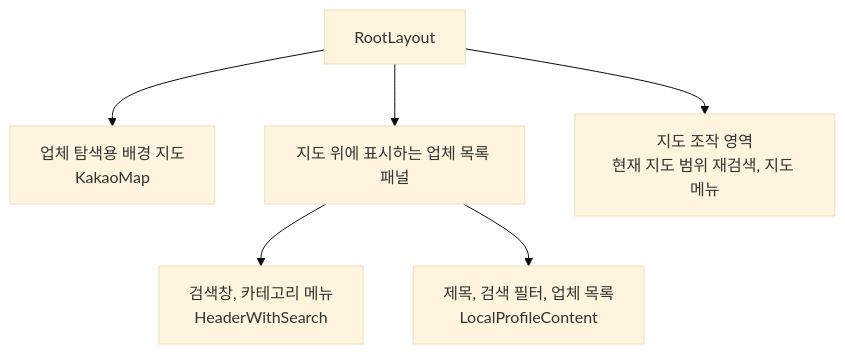
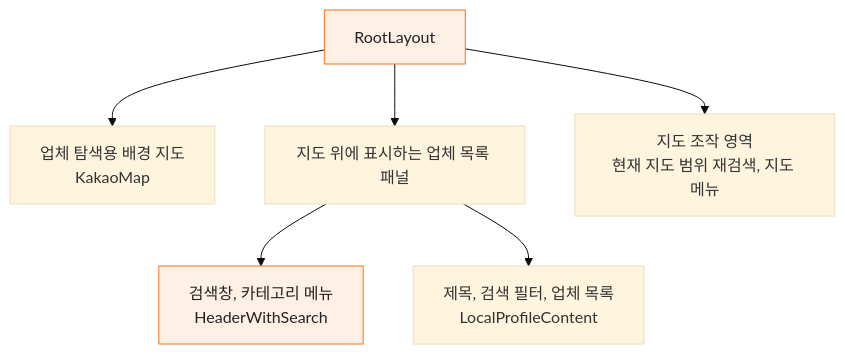
The second of 3 diagrams in README.md (doitdso753/carrot-client-clone), drawn with Mermaid (base theme) before and after one commit.

Commit message:
feat: README.md 동네업체 목록 레이아웃 > 공통 레이아웃은 주황 배경색으로 표시

````diff
--- a/README.md
+++ b/README.md
@@ -81,9 +81,12 @@
 ```mermaid
 flowchart TB
     Root["RootLayout"]
     Root --> Map["업체 탐색용 배경 지도<br/>KakaoMap"]
     Root --> Panel["지도 위에 표시하는 업체 목록 패널"]
     Panel --> Header["검색창, 카테고리 메뉴<br/>HeaderWithSearch"]
     Panel --> Content["제목, 검색 필터, 업체 목록<br/>LocalProfileContent"]
     Root --> Controls["지도 조작 영역<br/>현재 지도 범위 재검색, 지도 메뉴"]
+
+    classDef shared fill:#fff0e6,stroke:#f97316,color:#222
+    class Root,Header shared
 ```
````
